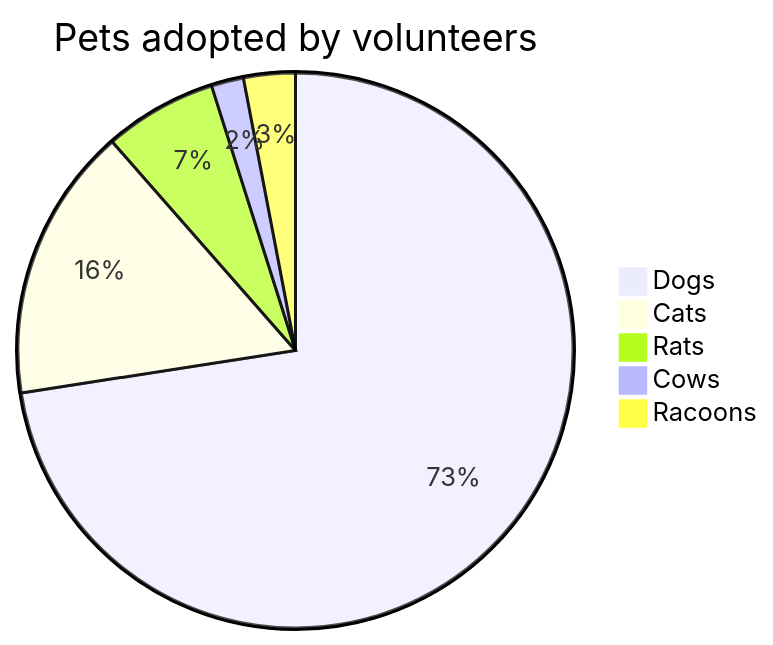
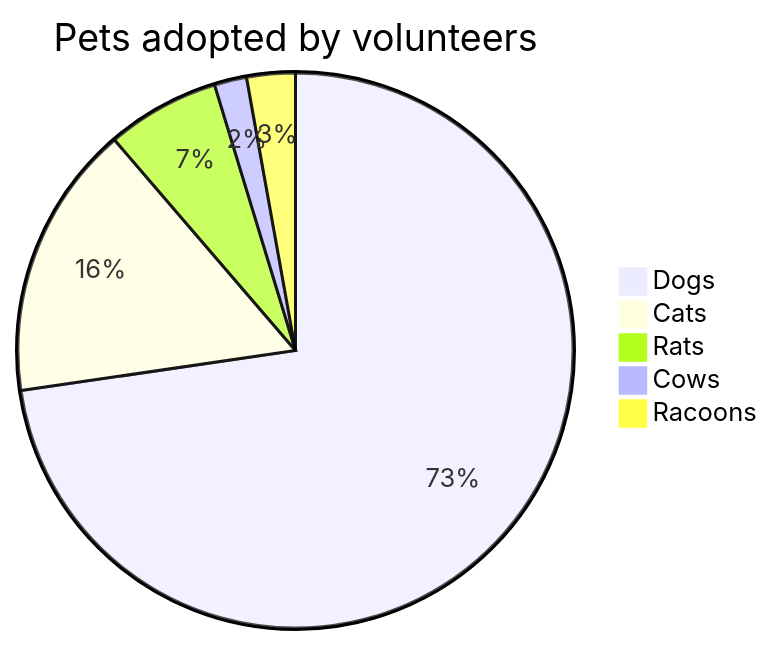
One commit to regh-christian/dokumentation changed the diagram in wiki/GuideTilHjemmeside.md. Above: the diagram before and after it, drawn with Mermaid.

````diff
--- a/wiki/GuideTilHjemmeside.md
+++ b/wiki/GuideTilHjemmeside.md
@@ -128,8 +128,8 @@
 ```mermaid
 pie title Pets adopted by volunteers
   "Dogs" : 386
   "Cats" : 85
   "Rats" : 35
   "Cows" : 10
-  "Racoons": 16
+  "Racoons": 15
 ```
````
